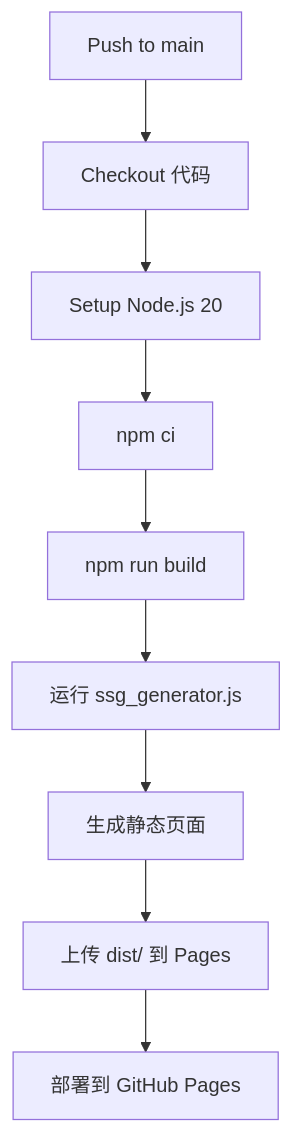
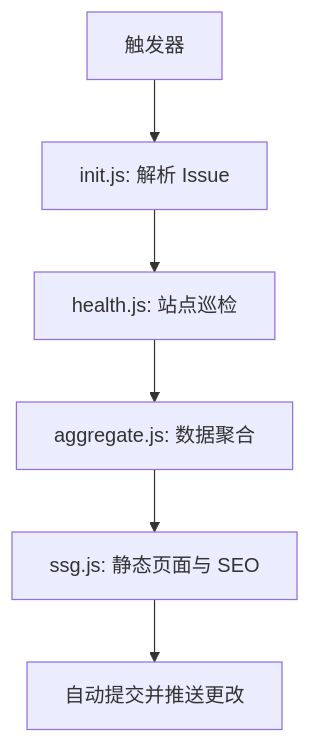
The first of 2 diagrams in docs/automation_workflows.md (ACG-Q/hubNavigator), drawn with Mermaid before and after one commit. The commit also changed other lines of this file and 17 other files, not shown here.

Commit message:
feat: Implement GitHub Actions, ChatOps, and automation scripts for site and category management, including issue templates and documentation.

````diff
--- a/docs/automation_workflows.md
+++ b/docs/automation_workflows.md
@@ -202,11 +34,8 @@
 ```mermaid
 graph TD
-    A[Push to main] --> B[Checkout 代码]
-    B --> C[Setup Node.js 20]
-    C --> D[npm ci]
-    D --> E[npm run build]
-    E --> F[运行 ssg_generator.js]
-    F --> G[生成静态页面]
-    G --> H[上传 dist/ 到 Pages]
-    H --> I[部署到 GitHub Pages]
+    A[触发器] --> B[init.js: 解析 Issue]
+    B --> C[health.js: 站点巡检]
+    C --> D[aggregate.js: 数据聚合]
+    D --> E[ssg.js: 静态页面与 SEO]
+    E --> F[自动提交并推送更改]
 ```
````
